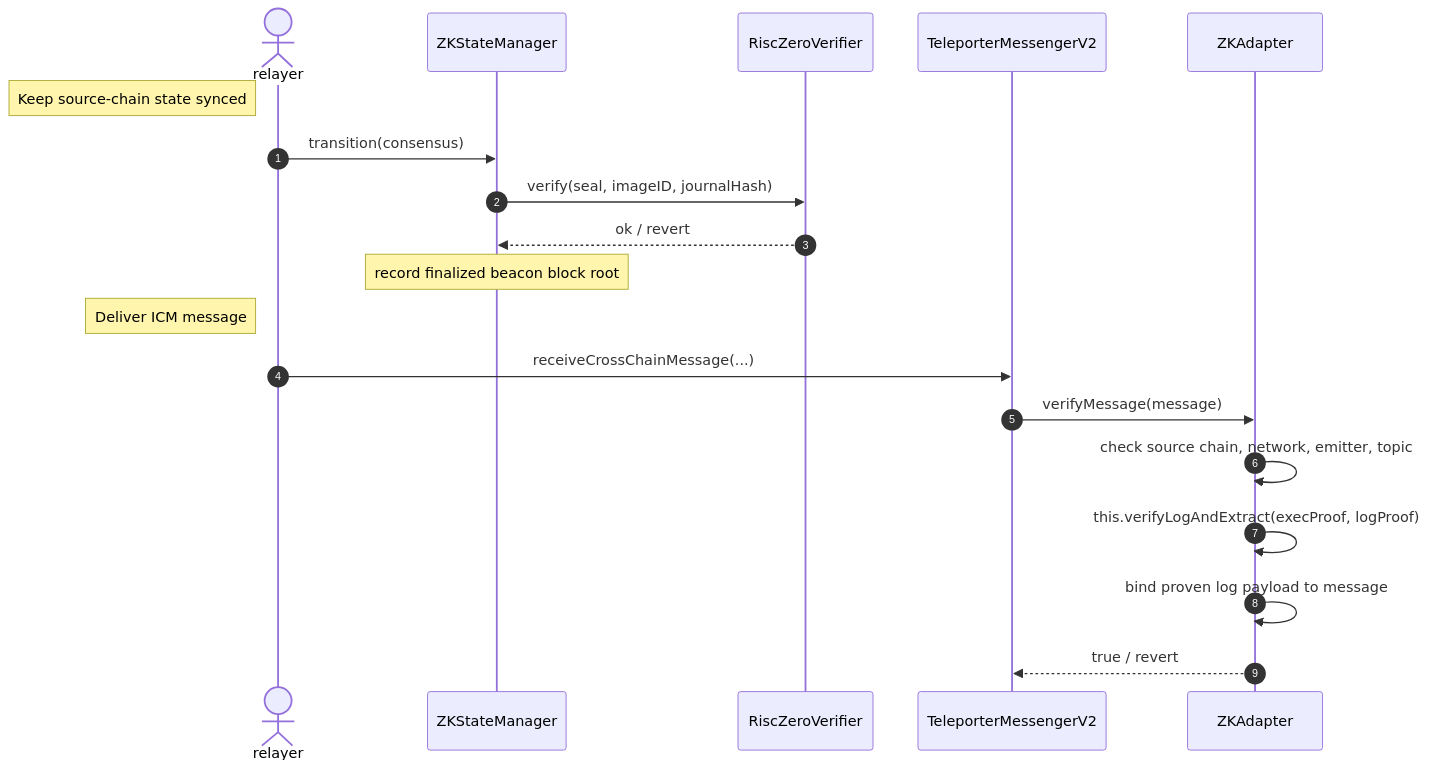
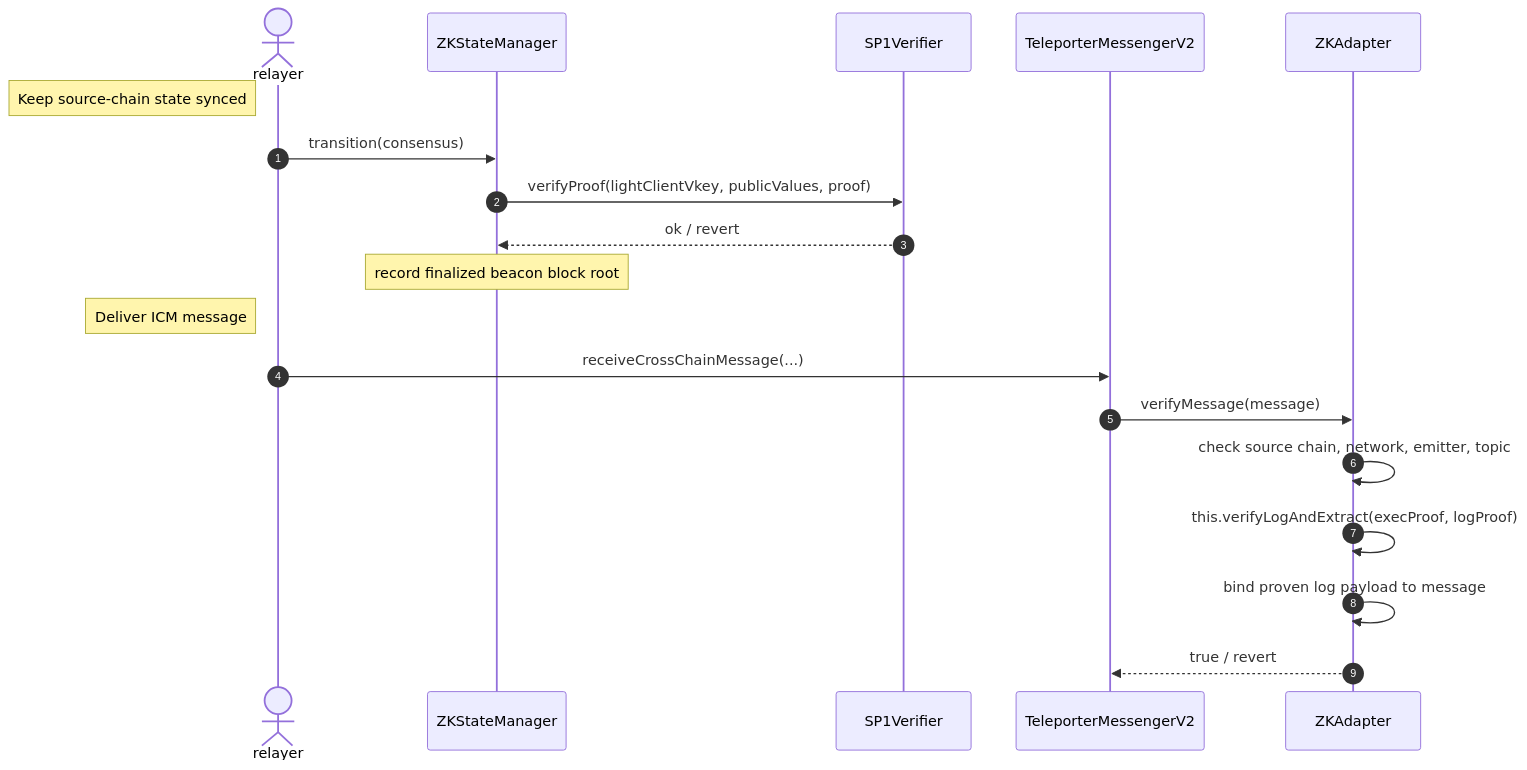
One commit to ava-labs/icm-services changed the diagram in docs/external-interop/origin_ethereum/zk_state_verifier.md. Above: the diagram before and after it, drawn with Mermaid. The commit also changed other lines of this file and 73 other files, not shown here.

````diff
--- a/docs/external-interop/origin_ethereum/zk_state_verifier.md
+++ b/docs/external-interop/origin_ethereum/zk_state_verifier.md
@@ -199,18 +205,18 @@
 ```mermaid
 sequenceDiagram
 autonumber
 actor relayer
 note left of relayer: Keep source-chain state synced
 relayer->>ZKStateManager: transition(consensus)
-ZKStateManager->>RiscZeroVerifier: verify(seal, imageID, journalHash)
-RiscZeroVerifier-->>ZKStateManager: ok / revert
+ZKStateManager->>SP1Verifier: verifyProof(lightClientVkey, publicValues, proof)
+SP1Verifier-->>ZKStateManager: ok / revert
 note over ZKStateManager: record finalized beacon block root
 
 note left of relayer: Deliver ICM message
 relayer->>TeleporterMessengerV2: receiveCrossChainMessage(...)
 TeleporterMessengerV2->>ZKAdapter: verifyMessage(message)
 ZKAdapter->>ZKAdapter: check source chain, network, emitter, topic
 ZKAdapter->>ZKAdapter: this.verifyLogAndExtract(execProof, logProof)
 ZKAdapter->>ZKAdapter: bind proven log payload to message
 ZKAdapter-->>TeleporterMessengerV2: true / revert
 ```
````
